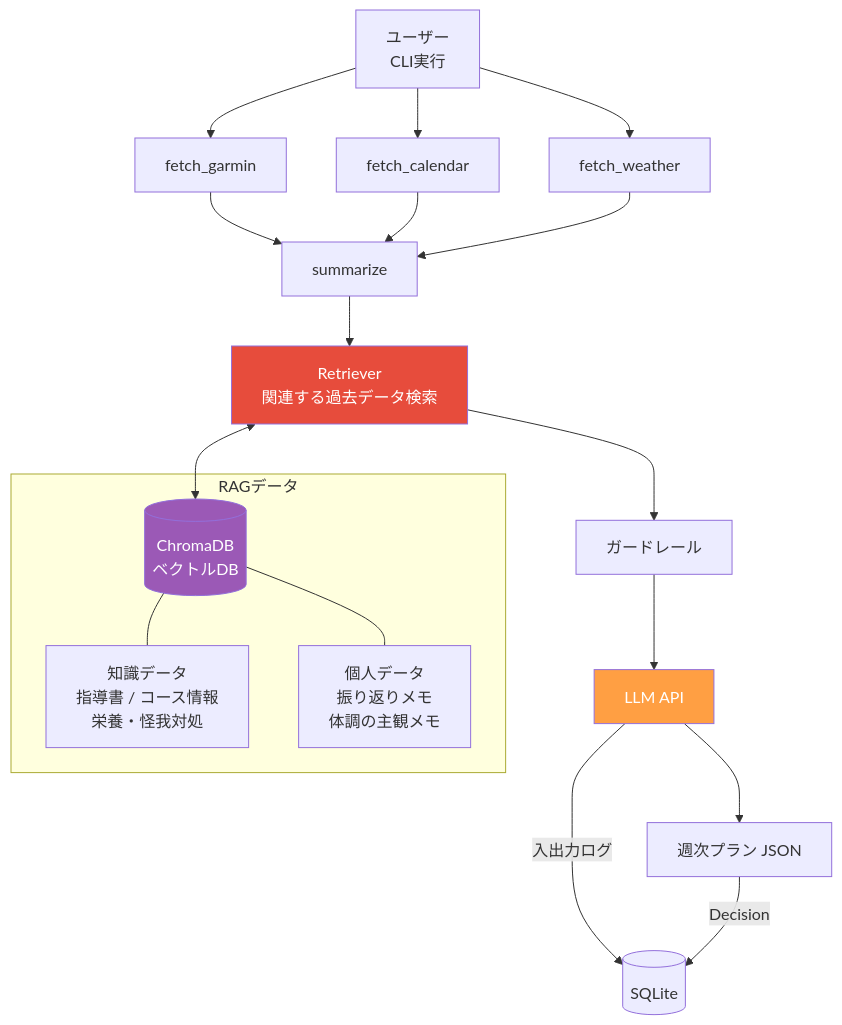
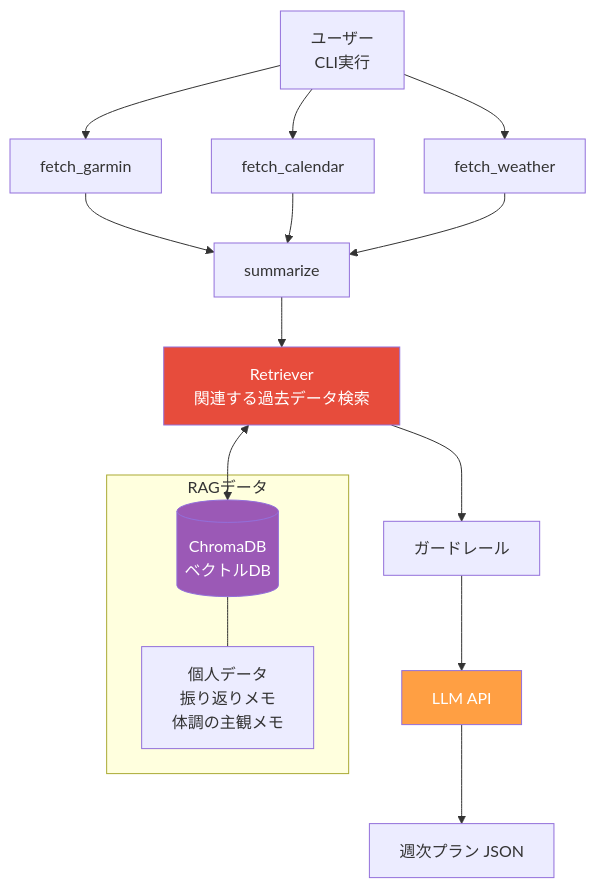
The diagram in docs/phase5-rag.md (fuzztarou/run-coach), drawn with Mermaid before and after one commit. The commit also changed other lines of this file and 1 other file, not shown here.

````diff
--- a/docs/phase5-rag.md
+++ b/docs/phase5-rag.md
@@ -11,28 +11,24 @@
 ```mermaid
 flowchart TB
     U[ユーザー<br>CLI実行] --> FG[fetch_garmin]
     U --> FC[fetch_calendar]
     U --> FW[fetch_weather]
 
     FG --> S[summarize]
     FC --> S
     FW --> S
 
     S --> RET[Retriever<br>関連する過去データ検索]
     RET <--> VDB[(ChromaDB<br>ベクトルDB)]
     RET --> GR[ガードレール]
     GR --> LLM[LLM API]
     LLM --> JSON[週次プラン JSON]
 
     subgraph RAGデータ
-        VDB --- K[知識データ<br>指導書 / コース情報<br>栄養・怪我対処]
         VDB --- P[個人データ<br>振り返りメモ<br>体調の主観メモ]
     end
-
-    LLM -->|入出力ログ| DB[(SQLite)]
-    JSON -->|Decision| DB
 
     style RET fill:#e74c3c,color:#fff
     style VDB fill:#9b59b6,color:#fff
     style LLM fill:#ff9f43,color:#fff
 ```
````
